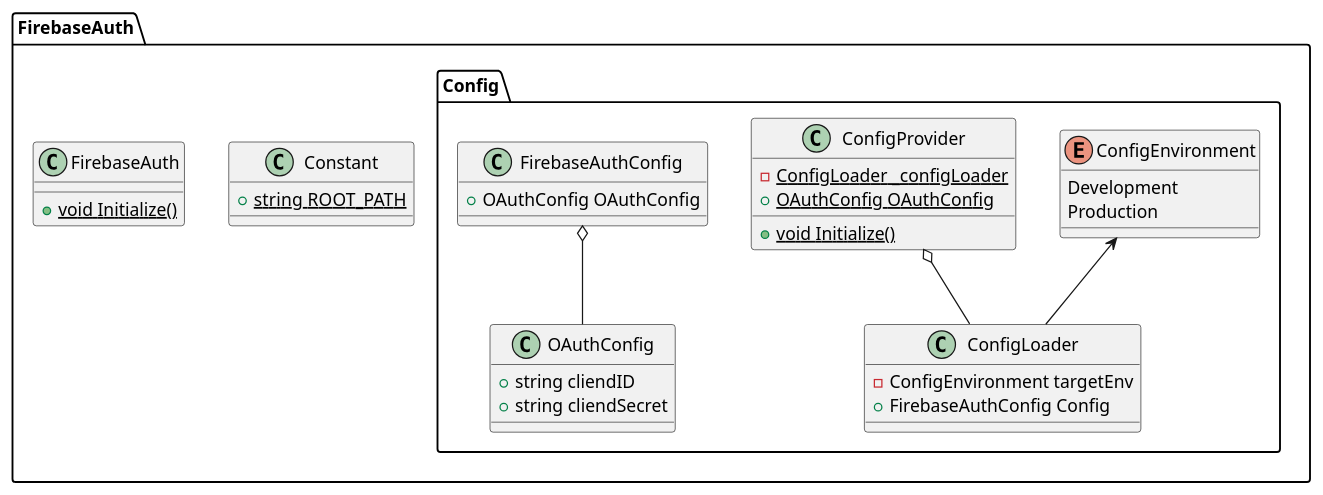
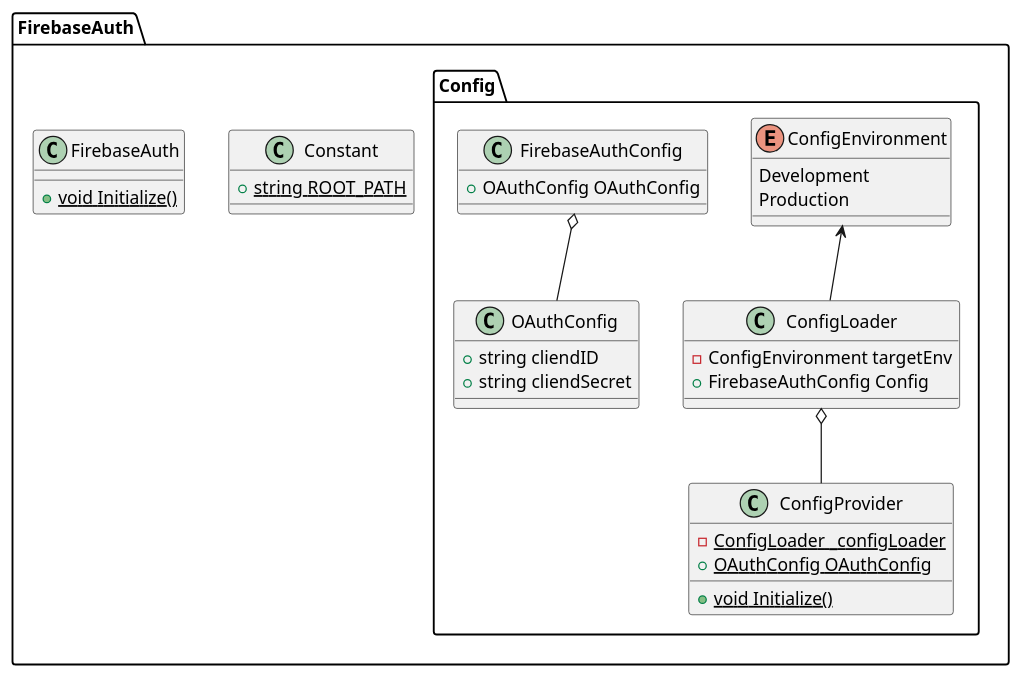
The diagram in FirebaseAuthenticator.pu (Harineko0/firebase-authenticator), drawn with PlantUML before and after one commit. The commit also changed 4 other files, not shown here.

Commit message:
[Add] Add UniRx Subject to ConfigLoader.cs.

```diff
--- a/FirebaseAuthenticator.pu
+++ b/FirebaseAuthenticator.pu
@@ -1,42 +1,42 @@
 @startuml FirebaseAuth
 namespace FirebaseAuth {
     class Constant {
         {static} + string ROOT_PATH
     }
 
     class FirebaseAuth {
         {static} + void Initialize()
     }
 }
 
 namespace FirebaseAuth.Config {
     enum ConfigEnvironment {
         Development
         Production
     }
 
     class ConfigLoader {
         - ConfigEnvironment targetEnv
         + FirebaseAuthConfig Config
     }
 
     class ConfigProvider {
         {static} - ConfigLoader _configLoader
         {static} + OAuthConfig OAuthConfig
         {static} + void Initialize()
     }
 
     class FirebaseAuthConfig {
         + OAuthConfig OAuthConfig
     }
 
     class OAuthConfig {
         + string cliendID
         + string cliendSecret
     }
 
-    ConfigProvider o-- ConfigLoader
+    ConfigLoader o-- ConfigProvider
     ConfigEnvironment <-- ConfigLoader
     FirebaseAuthConfig o-- OAuthConfig
 }
 @enduml
```
